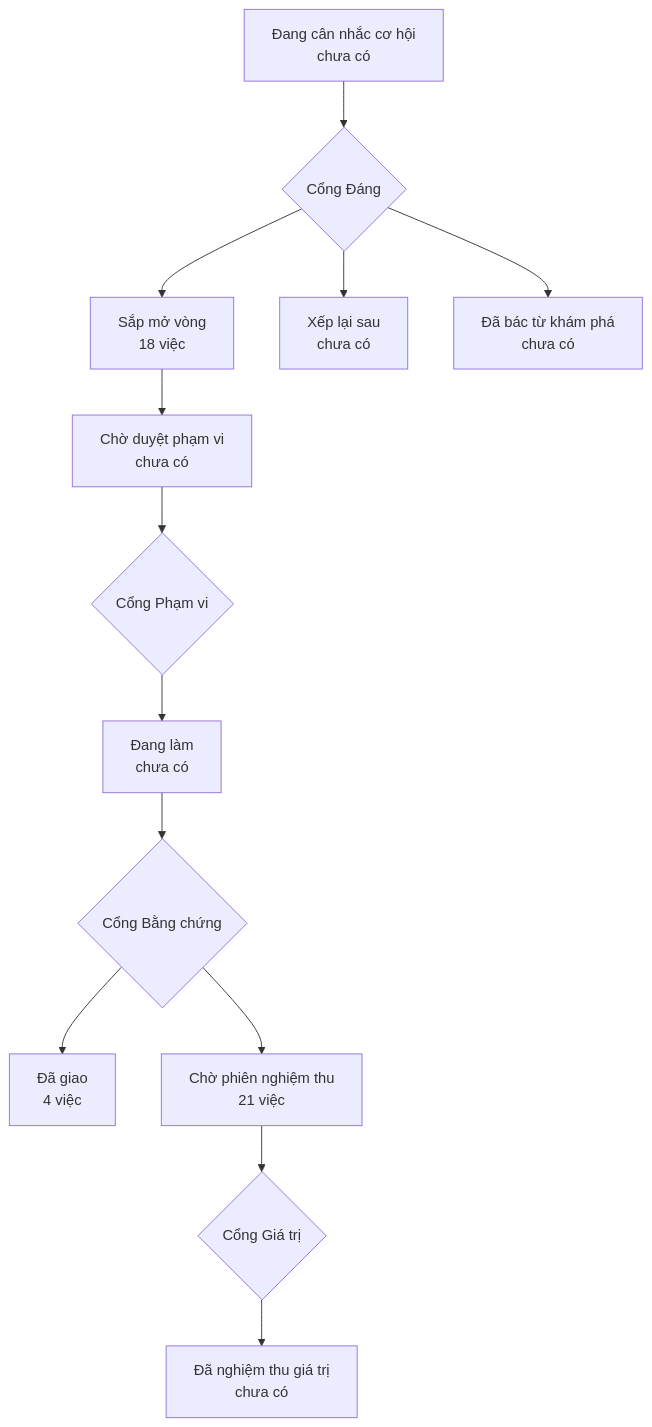
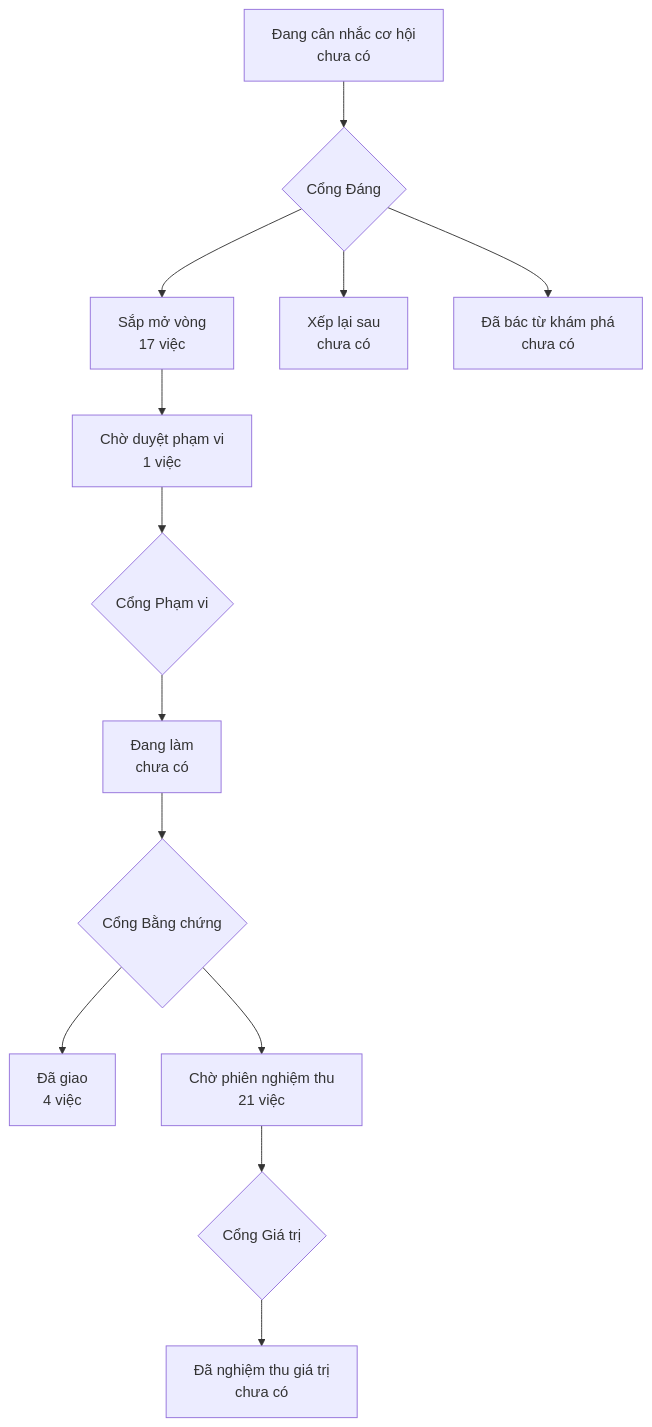
Before and after one commit to phanlemanh/onehub-quy-hang: the diagram in PRODUCT-MAP.md, drawn with Mermaid. The commit also changed other lines of this file and 12 other files, not shown here.

Commit message:
docs(khu-va-loai-hinh): thiết kế, hợp đồng, evals — chờ Cổng Phạm vi

````diff
--- a/PRODUCT-MAP.md
+++ b/PRODUCT-MAP.md
@@ -7,12 +7,12 @@
 ```mermaid
 flowchart TD
   A["Đang cân nhắc cơ hội<br/>chưa có"] --> GD{"Cổng Đáng"}
-  GD --> B["Sắp mở vòng<br/>18 việc"]
+  GD --> B["Sắp mở vòng<br/>17 việc"]
   GD --> XL["Xếp lại sau<br/>chưa có"]
   GD --> DB["Đã bác từ khám phá<br/>chưa có"]
-  B --> CD["Chờ duyệt phạm vi<br/>chưa có"] --> GP{"Cổng Phạm vi"}
+  B --> CD["Chờ duyệt phạm vi<br/>1 việc"] --> GP{"Cổng Phạm vi"}
   GP --> DL["Đang làm<br/>chưa có"] --> GB{"Cổng Bằng chứng"}
   GB --> DG["Đã giao<br/>4 việc"]
   GB --> CN["Chờ phiên nghiệm thu<br/>21 việc"] --> GG{"Cổng Giá trị"}
   GG --> NT["Đã nghiệm thu giá trị<br/>chưa có"]
 ```
````
